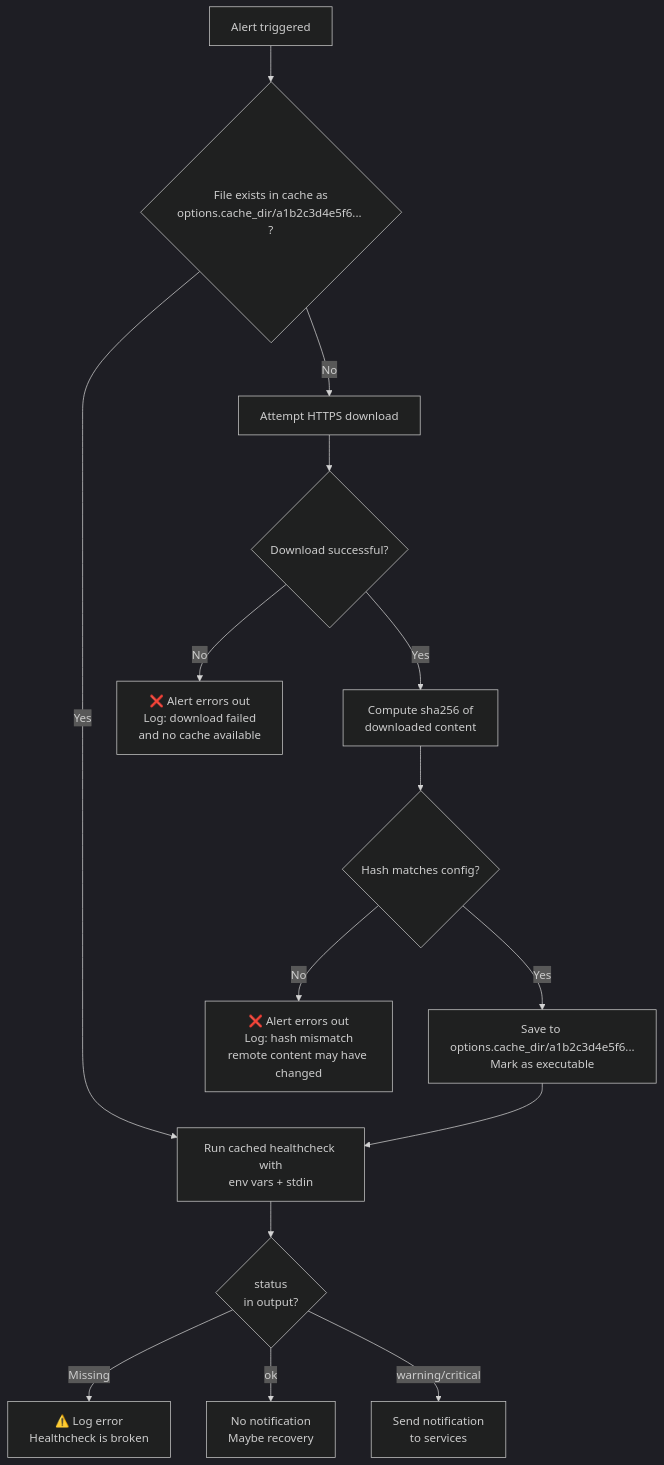
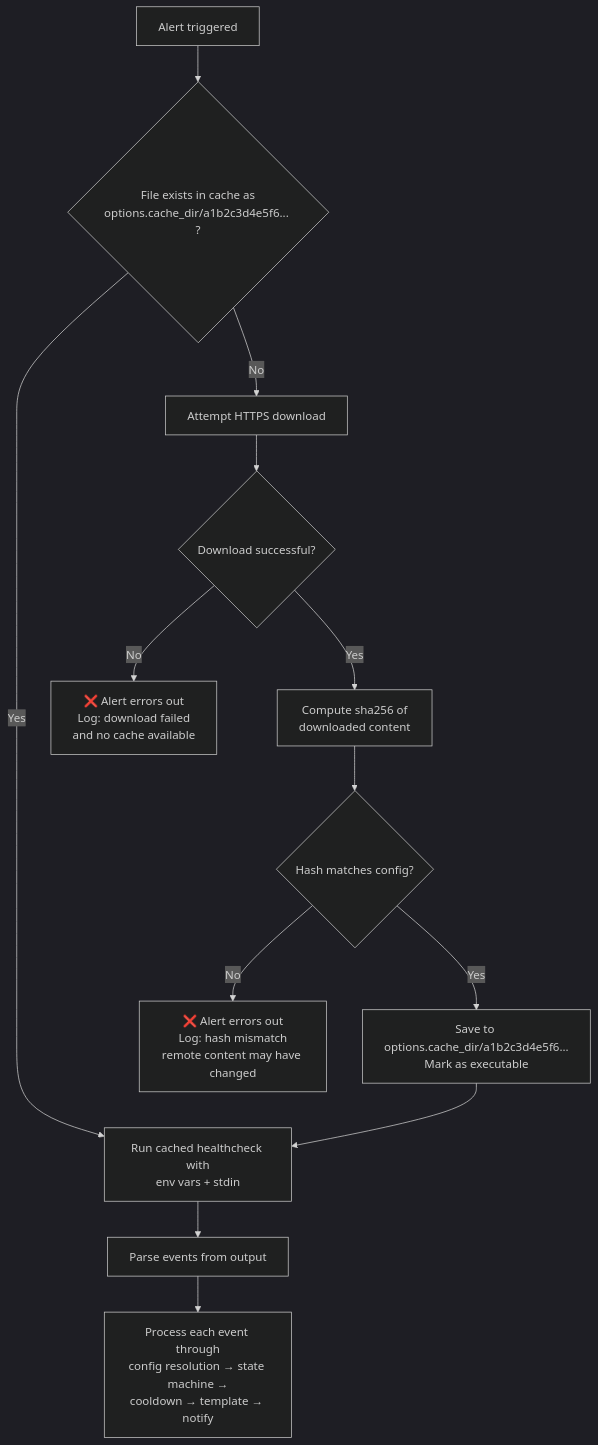
Before and after one commit to sznuper/sznuper: the third of 6 diagrams in docs/healthchecks.md, drawn with Mermaid (dark theme). The commit also changed other lines of this file and 7 other files, not shown here.

````diff
--- a/docs/healthchecks.md
+++ b/docs/healthchecks.md
@@ -111,17 +107,15 @@
 ```mermaid
 flowchart TD
     A[Alert triggered] --> B{File exists in cache as\noptions.cache_dir/a1b2c3d4e5f6... ?}
     B -->|Yes| F[Run cached healthcheck with\nenv vars + stdin]
     B -->|No| C[Attempt HTTPS download]
     C --> D{Download successful?}
     D -->|No| E[❌ Alert errors out\nLog: download failed\nand no cache available]
     D -->|Yes| G[Compute sha256 of\ndownloaded content]
     G --> H{Hash matches config?}
     H -->|No| I[❌ Alert errors out\nLog: hash mismatch\nremote content may have changed]
     H -->|Yes| J[Save to options.cache_dir/a1b2c3d4e5f6...\nMark as executable]
     J --> F
-    F --> K{status\nin output?}
-    K -->|Missing| L[⚠️ Log error\nHealthcheck is broken]
-    K -->|ok| M[No notification\nMaybe recovery]
-    K -->|warning/critical| N[Send notification\nto services]
+    F --> K[Parse events from output]
+    K --> L[Process each event through\nconfig resolution → state machine →\ncooldown → template → notify]
 ```
````
